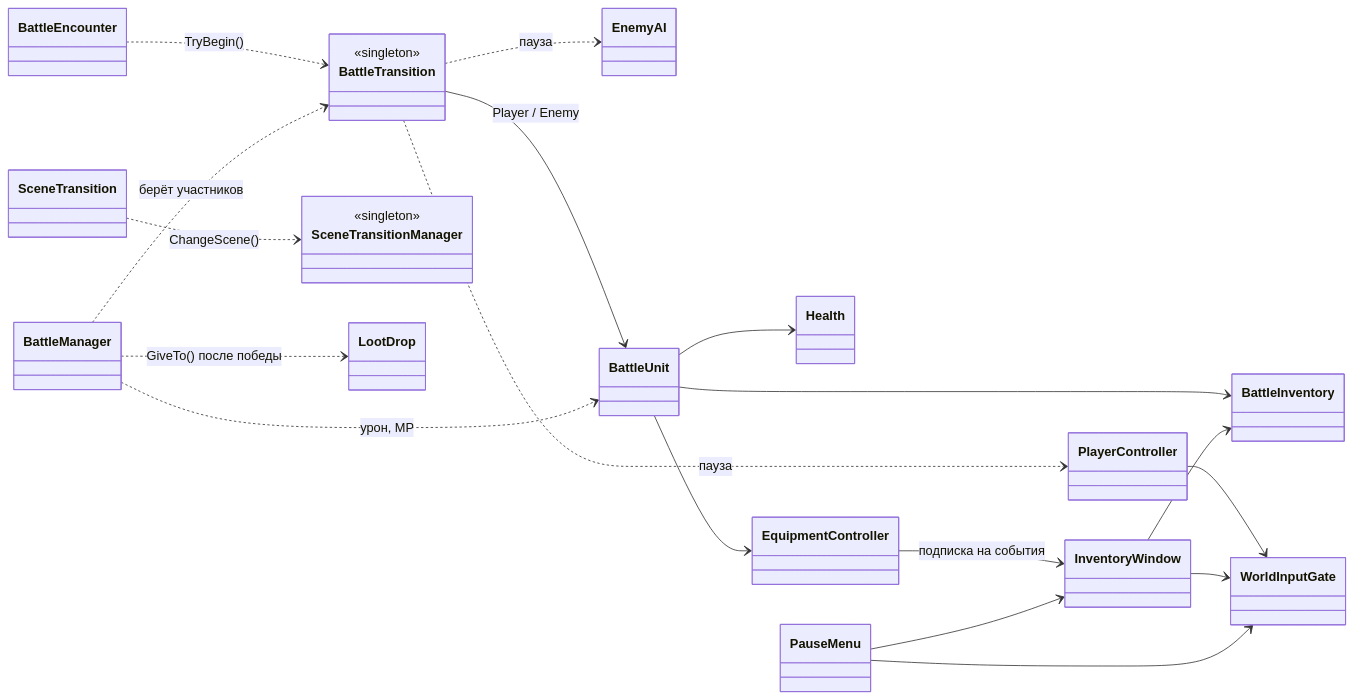
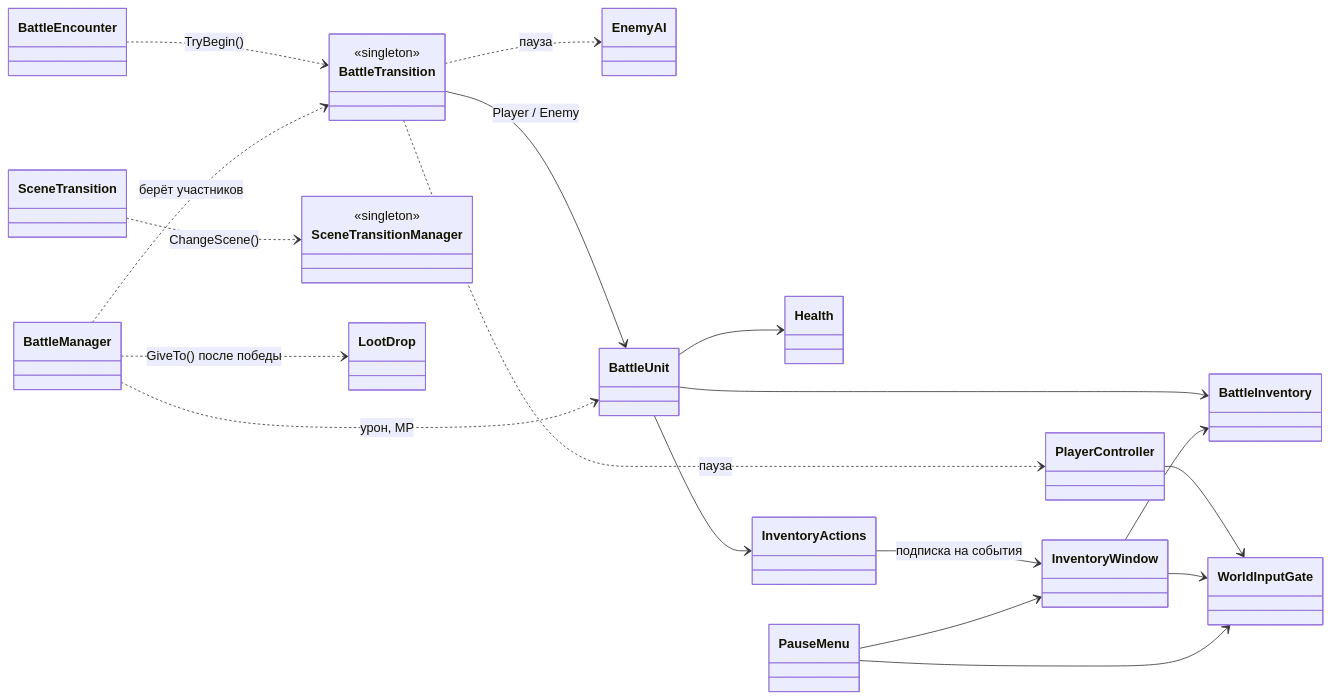
Before and after one commit to Sm1le621/FalseMemory: the first of 4 diagrams in Docs/03-class-diagram.md, drawn with Mermaid. The commit also changed other lines of this file and 87 other files, not shown here.

````diff
--- a/Docs/03-class-diagram.md
+++ b/Docs/03-class-diagram.md
@@ -23,36 +23,36 @@
 ```mermaid
 classDiagram
 direction LR
 class PlayerController
 class EnemyAI
 class BattleEncounter
 class BattleTransition
 <<singleton>> BattleTransition
 class BattleManager
 class BattleUnit
 class Health
 class BattleInventory
-class EquipmentController
+class InventoryActions
 class InventoryWindow
 class SceneTransition
 class SceneTransitionManager
 <<singleton>> SceneTransitionManager
 
 BattleEncounter ..> BattleTransition : TryBegin()
 BattleTransition --> BattleUnit : Player / Enemy
 BattleManager ..> BattleTransition : берёт участников
 BattleManager ..> BattleUnit : урон, MP
 BattleUnit --> Health
 BattleUnit --> BattleInventory
-BattleUnit --> EquipmentController
+BattleUnit --> InventoryActions
 InventoryWindow --> BattleInventory
-EquipmentController --> InventoryWindow : подписка на события
+InventoryActions --> InventoryWindow : подписка на события
 PlayerController --> WorldInputGate
 InventoryWindow --> WorldInputGate
 SceneTransition ..> SceneTransitionManager : ChangeScene()
 BattleManager ..> LootDrop : GiveTo() после победы
 PauseMenu --> InventoryWindow
 PauseMenu --> WorldInputGate
 BattleTransition ..> PlayerController : пауза
 BattleTransition ..> EnemyAI : пауза
 ```
````
